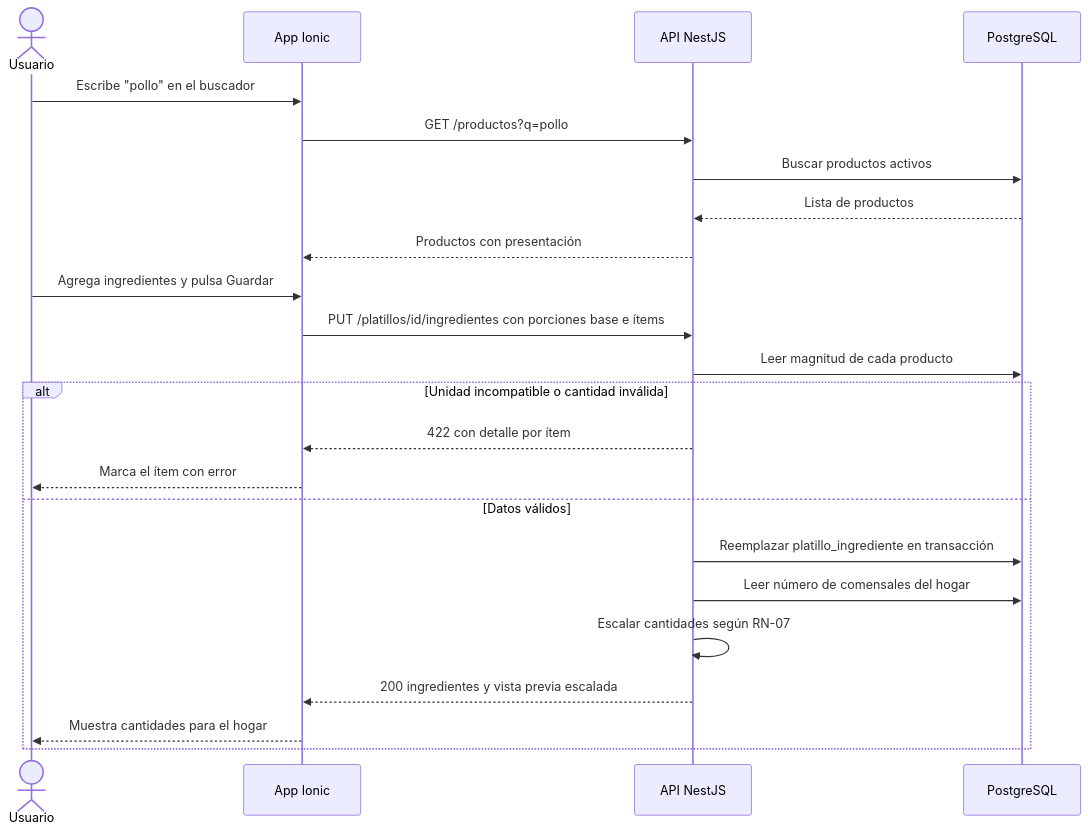
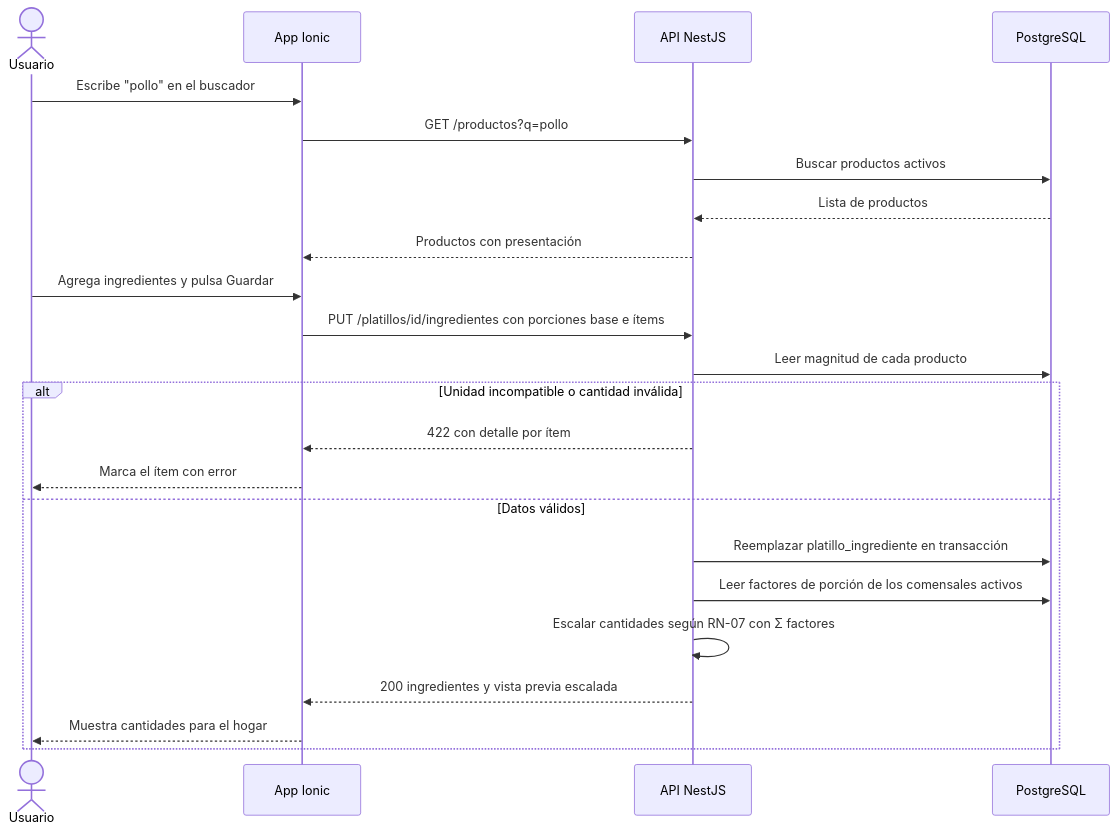
Before and after one commit to devrenerosales/App_Comidas: the fifth of 9 diagrams in docs/01-requerimientos/historias/M03-catalogo.md, drawn with Mermaid. The commit also changed other lines of this file and 11 other files, not shown here.

````diff
--- a/docs/01-requerimientos/historias/M03-catalogo.md
+++ b/docs/01-requerimientos/historias/M03-catalogo.md
@@ -194,25 +194,25 @@
 ```mermaid
 sequenceDiagram
   actor U as Usuario
   participant APP as App Ionic
   participant API as API NestJS
   participant DB as PostgreSQL
   U->>APP: Escribe "pollo" en el buscador
   APP->>API: GET /productos?q=pollo
   API->>DB: Buscar productos activos
   DB-->>API: Lista de productos
   API-->>APP: Productos con presentación
   U->>APP: Agrega ingredientes y pulsa Guardar
   APP->>API: PUT /platillos/id/ingredientes con porciones base e ítems
   API->>DB: Leer magnitud de cada producto
   alt Unidad incompatible o cantidad inválida
     API-->>APP: 422 con detalle por ítem
     APP-->>U: Marca el ítem con error
   else Datos válidos
     API->>DB: Reemplazar platillo_ingrediente en transacción
-    API->>DB: Leer número de comensales del hogar
-    API->>API: Escalar cantidades según RN-07
+    API->>DB: Leer factores de porción de los comensales activos
+    API->>API: Escalar cantidades según RN-07 con Σ factores
     API-->>APP: 200 ingredientes y vista previa escalada
     APP-->>U: Muestra cantidades para el hogar
   end
 ```
````
